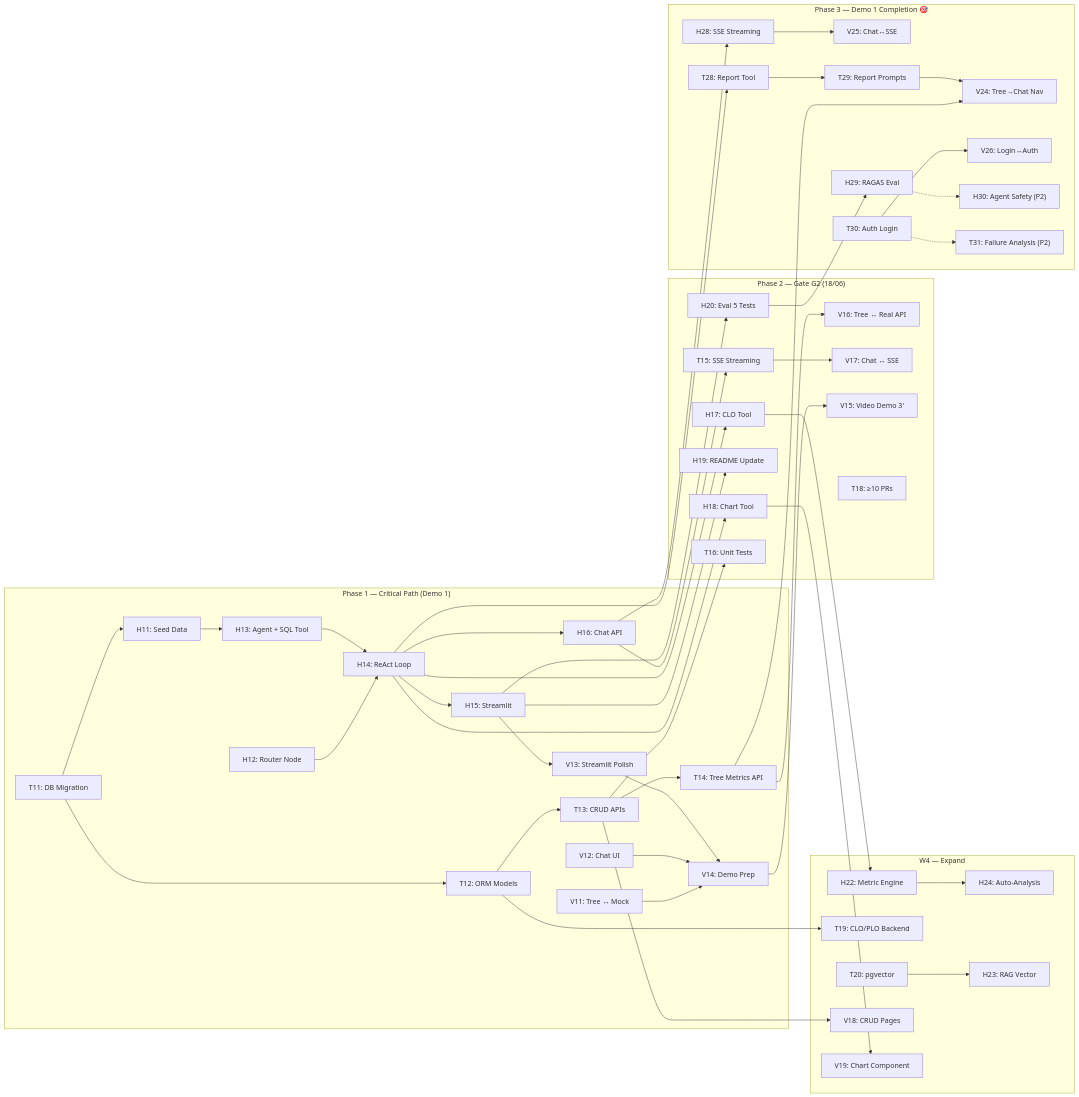
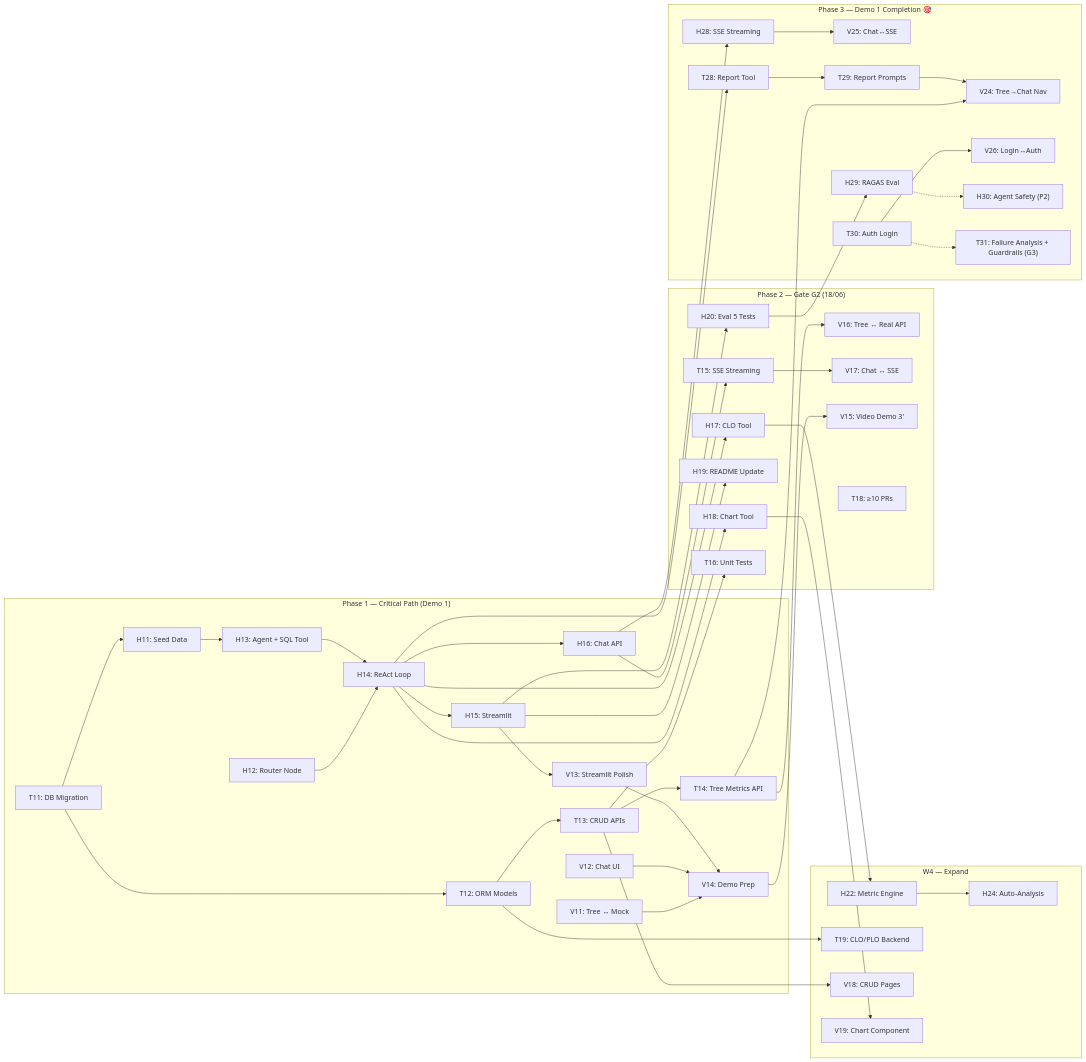
One commit to ritvien/-Learning-Analytics-AI changed the diagram in docs/07-Sprint-Planning/Sprint2.md. Above: the diagram before and after it, drawn with Mermaid. The commit also changed other lines of this file, not shown here.

````diff
--- a/docs/07-Sprint-Planning/Sprint2.md
+++ b/docs/07-Sprint-Planning/Sprint2.md
@@ -290,60 +286,59 @@
 ```mermaid
 graph LR
     subgraph "Phase 1 — Critical Path (Demo 1)"
         H11["H11: Seed Data"] --> H13["H13: Agent + SQL Tool"]
         T11["T11: DB Migration"] --> H11
         T11 --> T12["T12: ORM Models"]
         T12 --> T13["T13: CRUD APIs"]
         
         H12["H12: Router Node"] --> H14["H14: ReAct Loop"]
         H13 --> H14
         H14 --> H15["H15: Streamlit"]
         H14 --> H16["H16: Chat API"]
         
         T13 --> T14["T14: Tree Metrics API"]
         
         V11["V11: Tree ↔ Mock"] --> V14["V14: Demo Prep"]
         V12["V12: Chat UI"] --> V14
         H15 --> V13["V13: Streamlit Polish"]
         V13 --> V14
     end
 
     subgraph "Phase 2 — Gate G2 (18/06)"
         H16 --> T15["T15: SSE Streaming"]
         H14 --> H17["H17: CLO Tool"]
         H14 --> H18["H18: Chart Tool"]
         
         H15 --> H19["H19: README Update"]
         H15 --> H20["H20: Eval 5 Tests"]
         
         T14 --> V16["V16: Tree ↔ Real API"]
         T15 --> V17["V17: Chat ↔ SSE"]
         
         V14 --> V15["V15: Video Demo 3'"]
         
         T13 --> T16["T16: Unit Tests"]
         T18["T18: ≥10 PRs"]
     end
 
     subgraph "W4 — Expand"
         H17 --> H22["H22: Metric Engine"]
         H22 --> H24["H24: Auto-Analysis"]
         T12 --> T19["T19: CLO/PLO Backend"]
-        T20["T20: pgvector"] --> H23["H23: RAG Vector"]
         T13 --> V18["V18: CRUD Pages"]
         H18 --> V19["V19: Chart Component"]
     end
 
     subgraph "Phase 3 — Demo 1 Completion 🎯"
         H16 --> H28["H28: SSE Streaming"]
         H28 --> V25["V25: Chat↔SSE"]
         T14 --> V24["V24: Tree→Chat Nav"]
         H14 --> T28["T28: Report Tool"]
         T28 --> T29["T29: Report Prompts"]
         T29 --> V24
         T30["T30: Auth Login"] --> V26["V26: Login↔Auth"]
         H20 --> H29["H29: RAGAS Eval"]
         H29 -.-> H30["H30: Agent Safety (P2)"]
-        T30 -.-> T31["T31: Failure Analysis (P2)"]
+        T30 -.-> T31["T31: Failure Analysis + Guardrails (G3)"]
     end
 ```
````
